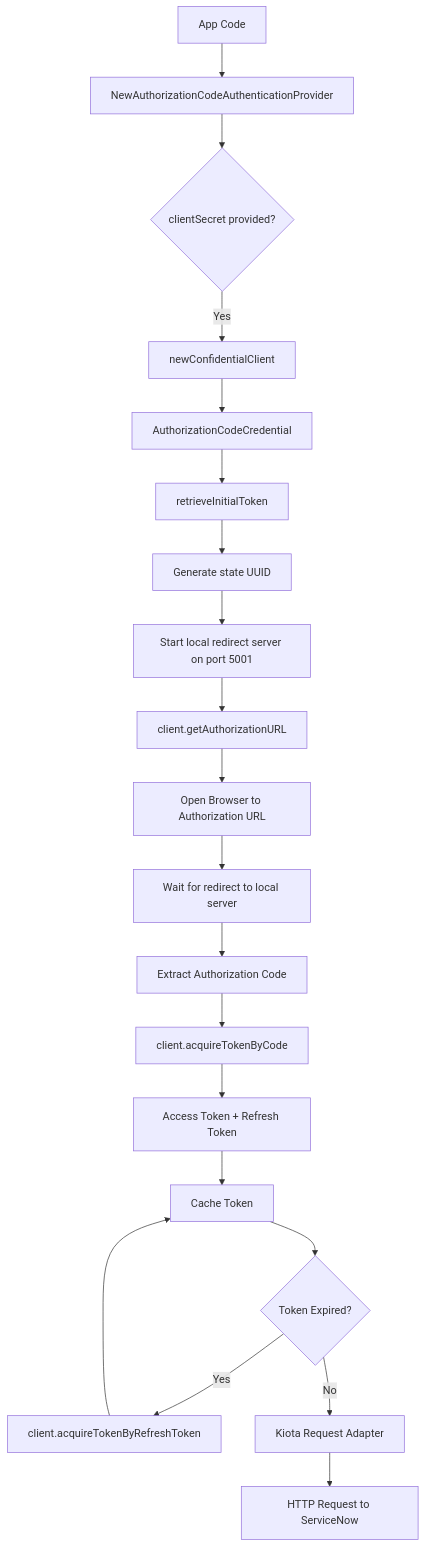
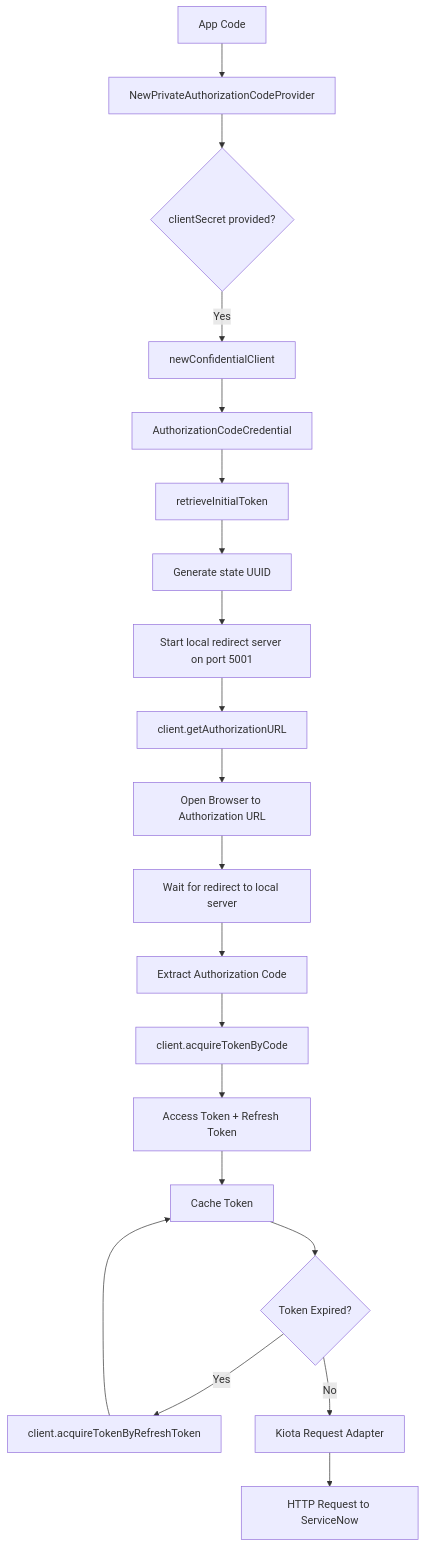
Before and after one commit to michaeldcanady/servicenow-sdk-go: the diagram in website/docs/user-guide/authentication/auth-code-private.md, drawn with Mermaid. The commit also changed other lines of this file and 16 other files, not shown here.

````diff
--- a/website/docs/user-guide/authentication/auth-code-private.md
+++ b/website/docs/user-guide/authentication/auth-code-private.md
@@ -28,28 +28,28 @@
 ```mermaid
 flowchart TD
-    A[App Code] --> B[NewAuthorizationCodeAuthenticationProvider]
+    A[App Code] --> B[NewPrivateAuthorizationCodeProvider]
     B --> C{clientSecret provided?}
     C -->|Yes| D[newConfidentialClient]
     D --> E[AuthorizationCodeCredential]
 
     %% Initial Token Acquisition
     E --> F[retrieveInitialToken]
     F --> G[Generate state UUID]
     G --> H[Start local redirect server on port 5001]
     H --> I[client.getAuthorizationURL]
     I --> J[Open Browser to Authorization URL]
     J --> K[Wait for redirect to local server]
     K --> L[Extract Authorization Code]
     L --> M[client.acquireTokenByCode]
     M --> N[Access Token + Refresh Token]
     N --> O[Cache Token]
 
     %% Refresh Flow
     O --> P{Token Expired?}
     P -->|Yes| Q[client.acquireTokenByRefreshToken]
     Q --> O
 
     %% Request Pipeline
     P -->|No| R[Kiota Request Adapter]
     R --> S[HTTP Request to ServiceNow]
 ```
````
